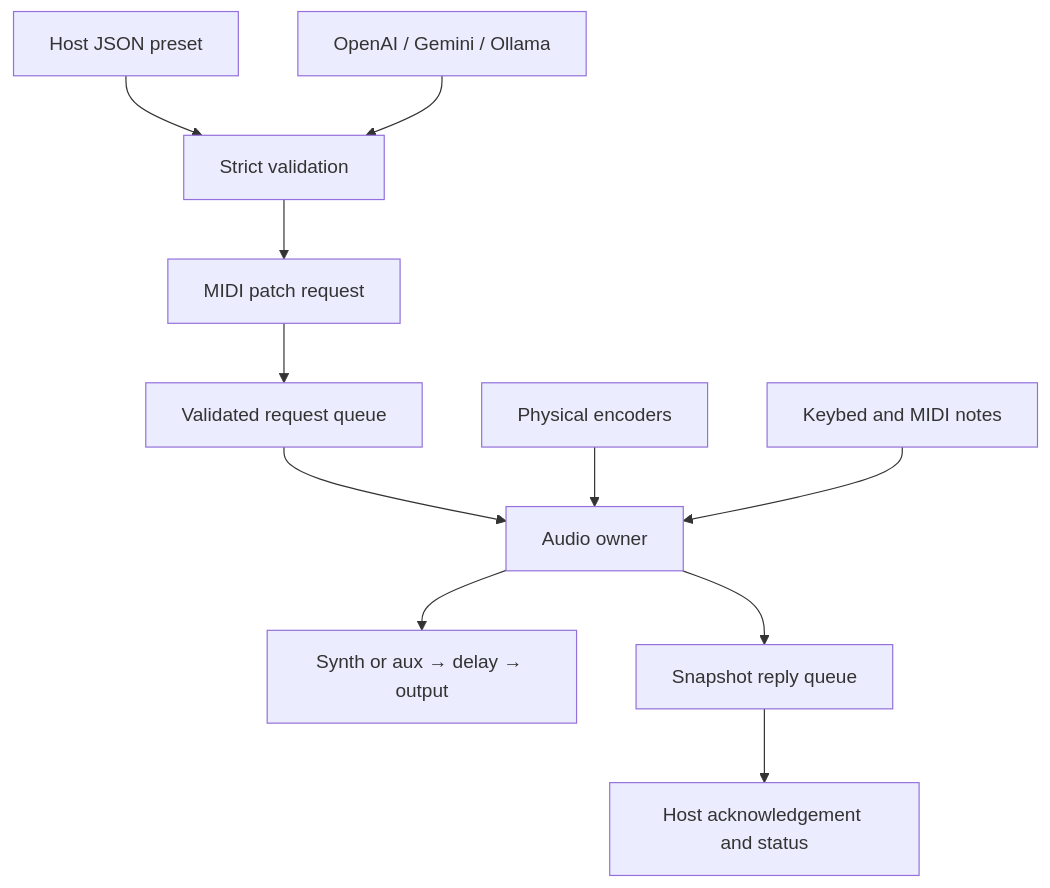
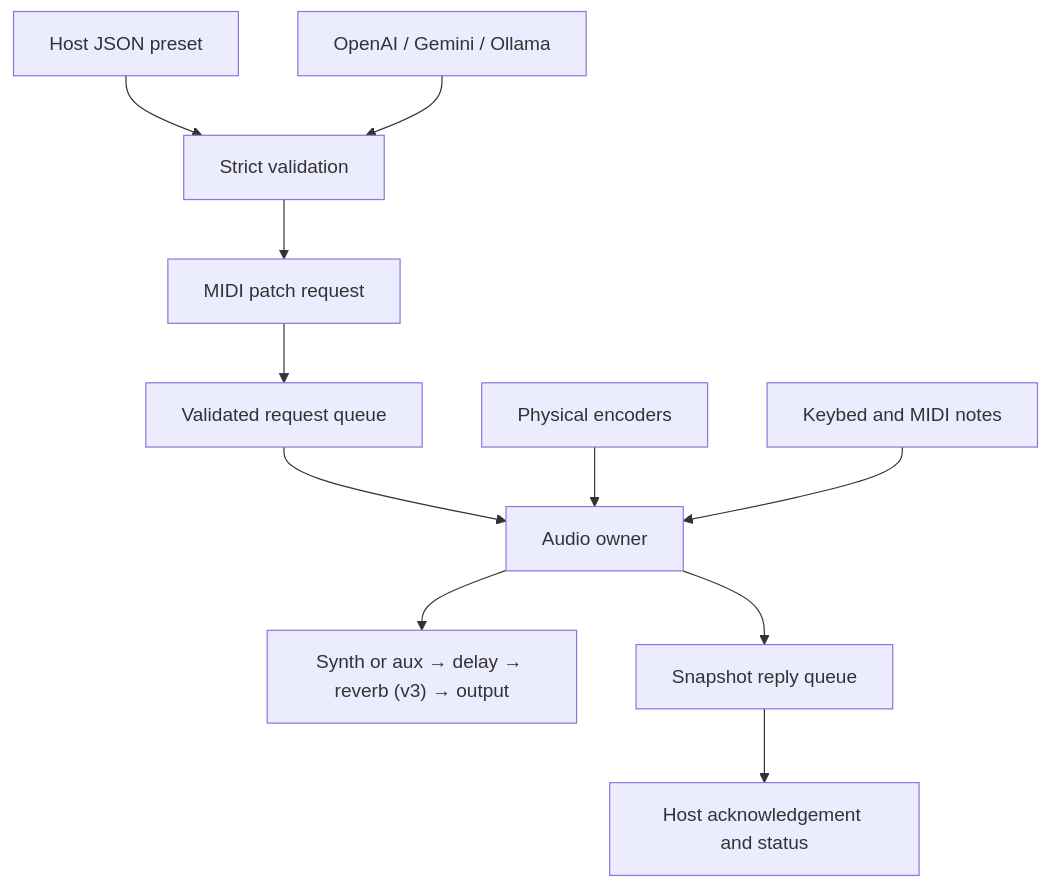
Before and after one commit to DCDominguez/CHOMPI: the diagram in docs/forge/ARCHITECTURE.md, drawn with Mermaid. The commit also changed other lines of this file and 15 other files, not shown here.

````diff
--- a/docs/forge/ARCHITECTURE.md
+++ b/docs/forge/ARCHITECTURE.md
@@ -18,13 +19,13 @@
 ```mermaid
 flowchart TD
     Preset["Host JSON preset"] --> Validate["Strict validation"]
     Model["OpenAI / Gemini / Ollama"] --> Validate
     Validate --> MIDI["MIDI patch request"]
     MIDI --> Queue["Validated request queue"]
     Queue --> Audio["Audio owner"]
     Knobs["Physical encoders"] --> Audio
     Keys["Keybed and MIDI notes"] --> Audio
-    Audio --> DSP["Synth or aux → delay → output"]
+    Audio --> DSP["Synth or aux → delay → reverb (v3) → output"]
     Audio --> Reply["Snapshot reply queue"]
     Reply --> Host["Host acknowledgement and status"]
 ```
````
